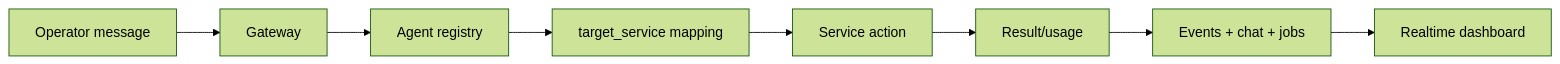
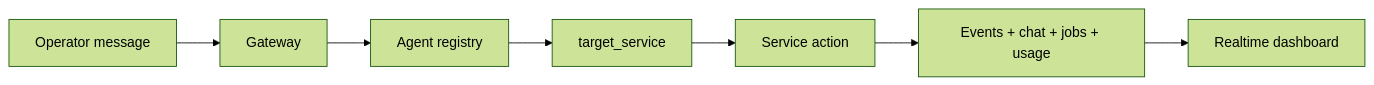
The second of 2 diagrams in README.md (guillermovzq/alchemical-agent-ecosystem), drawn with Mermaid (forest theme) before and after one commit. The commit also changed other lines of this file and 3 other files, not shown here.

````diff
--- a/README.md
+++ b/README.md
@@ -68,10 +87,9 @@
 ```mermaid
 flowchart LR
   IN[Operator message] --> GW[Gateway]
   GW --> REG[Agent registry]
-  REG --> MAP[target_service mapping]
+  REG --> MAP[target_service]
   MAP --> EXEC[Service action]
-  EXEC --> OUT[Result/usage]
-  OUT --> STORE[Events + chat + jobs]
+  EXEC --> STORE[Events + chat + jobs + usage]
   STORE --> UI[Realtime dashboard]
 ```
````
